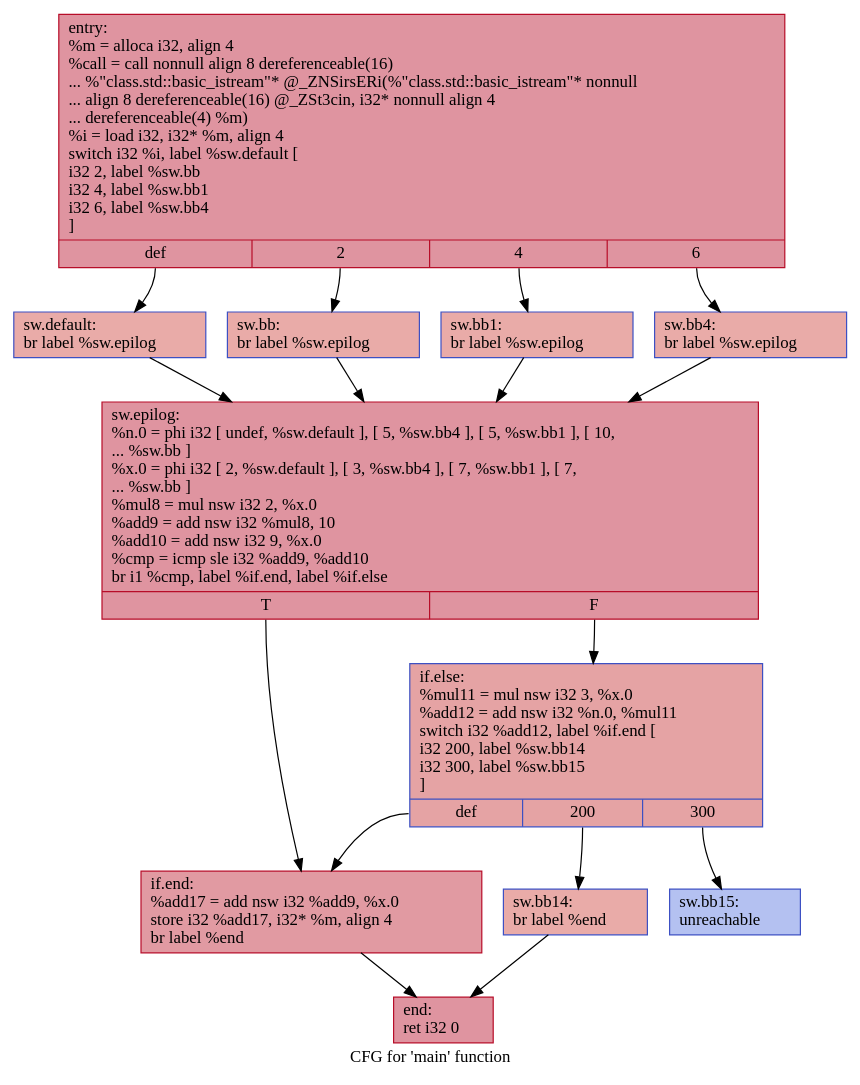
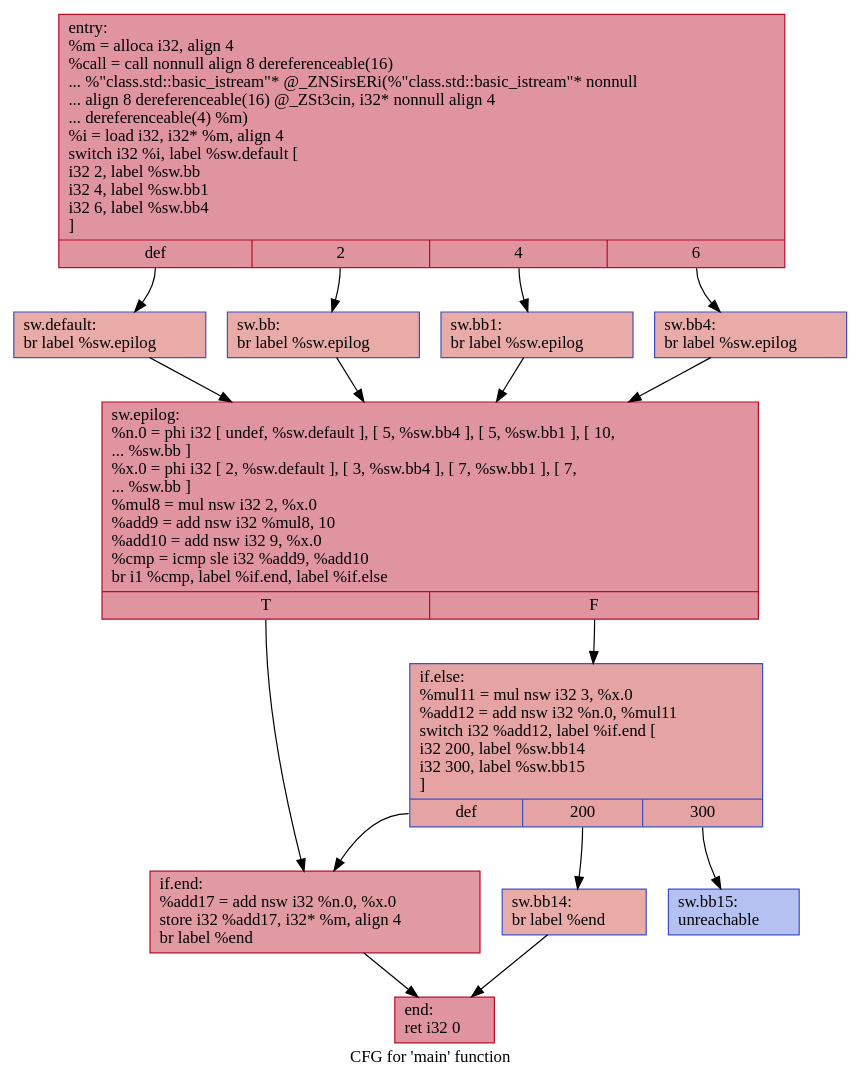
The diagram in IR/cfg/SCCP_BASELINE.dot (HPSSA-LLVM/HPSSA-LLVM), drawn with Graphviz before and after one commit. The commit also changed 28 other files, not shown here.

```diff
--- a/IR/cfg/SCCP_BASELINE.dot
+++ b/IR/cfg/SCCP_BASELINE.dot
@@ -1,30 +1,30 @@
 digraph "CFG for 'main' function" {
 	label="CFG for 'main' function";
 
-	Node0x5626e38d9e60 [shape=record,color="#b70d28ff", style=filled, fillcolor="#b70d2870",label="{entry:\l  %m = alloca i32, align 4\l  %call = call nonnull align 8 dereferenceable(16)\l... %\"class.std::basic_istream\"* @_ZNSirsERi(%\"class.std::basic_istream\"* nonnull\l... align 8 dereferenceable(16) @_ZSt3cin, i32* nonnull align 4\l... dereferenceable(4) %m)\l  %i = load i32, i32* %m, align 4\l  switch i32 %i, label %sw.default [\l    i32 2, label %sw.bb\l    i32 4, label %sw.bb1\l    i32 6, label %sw.bb4\l  ]\l|{<s0>def|<s1>2|<s2>4|<s3>6}}"];
-	Node0x5626e38d9e60:s0 -> Node0x5626e38da2a0;
-	Node0x5626e38d9e60:s1 -> Node0x5626e38da3b0;
-	Node0x5626e38d9e60:s2 -> Node0x5626e38da4b0;
-	Node0x5626e38d9e60:s3 -> Node0x5626e38da5b0;
-	Node0x5626e38da3b0 [shape=record,color="#3d50c3ff", style=filled, fillcolor="#cc403a70",label="{sw.bb:                                            \l  br label %sw.epilog\l}"];
-	Node0x5626e38da3b0 -> Node0x5626e38da6d0;
-	Node0x5626e38da4b0 [shape=record,color="#3d50c3ff", style=filled, fillcolor="#cc403a70",label="{sw.bb1:                                           \l  br label %sw.epilog\l}"];
-	Node0x5626e38da4b0 -> Node0x5626e38da6d0;
-	Node0x5626e38da5b0 [shape=record,color="#3d50c3ff", style=filled, fillcolor="#cc403a70",label="{sw.bb4:                                           \l  br label %sw.epilog\l}"];
-	Node0x5626e38da5b0 -> Node0x5626e38da6d0;
-	Node0x5626e38da2a0 [shape=record,color="#3d50c3ff", style=filled, fillcolor="#cc403a70",label="{sw.default:                                       \l  br label %sw.epilog\l}"];
-	Node0x5626e38da2a0 -> Node0x5626e38da6d0;
-	Node0x5626e38da6d0 [shape=record,color="#b70d28ff", style=filled, fillcolor="#b70d2870",label="{sw.epilog:                                        \l  %n.0 = phi i32 [ undef, %sw.default ], [ 5, %sw.bb4 ], [ 5, %sw.bb1 ], [ 10,\l... %sw.bb ]\l  %x.0 = phi i32 [ 2, %sw.default ], [ 3, %sw.bb4 ], [ 7, %sw.bb1 ], [ 7,\l... %sw.bb ]\l  %mul8 = mul nsw i32 2, %x.0\l  %add9 = add nsw i32 %mul8, 10\l  %add10 = add nsw i32 9, %x.0\l  %cmp = icmp sle i32 %add9, %add10\l  br i1 %cmp, label %if.end, label %if.else\l|{<s0>T|<s1>F}}"];
-	Node0x5626e38da6d0:s0 -> Node0x5626e38db4d0;
-	Node0x5626e38da6d0:s1 -> Node0x5626e38db540;
-	Node0x5626e38db540 [shape=record,color="#3d50c3ff", style=filled, fillcolor="#c32e3170",label="{if.else:                                          \l  %mul11 = mul nsw i32 3, %x.0\l  %add12 = add nsw i32 %n.0, %mul11\l  switch i32 %add12, label %if.end [\l    i32 200, label %sw.bb14\l    i32 300, label %sw.bb15\l  ]\l|{<s0>def|<s1>200|<s2>300}}"];
-	Node0x5626e38db540:s0 -> Node0x5626e38db4d0;
-	Node0x5626e38db540:s1 -> Node0x5626e38db7f0;
-	Node0x5626e38db540:s2 -> Node0x5626e38db890;
-	Node0x5626e38db7f0 [shape=record,color="#3d50c3ff", style=filled, fillcolor="#cc403a70",label="{sw.bb14:                                          \l  br label %end\l}"];
-	Node0x5626e38db7f0 -> Node0x5626e38dba20;
-	Node0x5626e38db890 [shape=record,color="#3d50c3ff", style=filled, fillcolor="#5572df70",label="{sw.bb15:                                          \l  unreachable\l}"];
-	Node0x5626e38db4d0 [shape=record,color="#b70d28ff", style=filled, fillcolor="#bb1b2c70",label="{if.end:                                           \l  %add17 = add nsw i32 %add9, %x.0\l  store i32 %add17, i32* %m, align 4\l  br label %end\l}"];
-	Node0x5626e38db4d0 -> Node0x5626e38dba20;
-	Node0x5626e38dba20 [shape=record,color="#b70d28ff", style=filled, fillcolor="#b70d2870",label="{end:                                              \l  ret i32 0\l}"];
+	Node0x55accec6ce60 [shape=record,color="#b70d28ff", style=filled, fillcolor="#b70d2870",label="{entry:\l  %m = alloca i32, align 4\l  %call = call nonnull align 8 dereferenceable(16)\l... %\"class.std::basic_istream\"* @_ZNSirsERi(%\"class.std::basic_istream\"* nonnull\l... align 8 dereferenceable(16) @_ZSt3cin, i32* nonnull align 4\l... dereferenceable(4) %m)\l  %i = load i32, i32* %m, align 4\l  switch i32 %i, label %sw.default [\l    i32 2, label %sw.bb\l    i32 4, label %sw.bb1\l    i32 6, label %sw.bb4\l  ]\l|{<s0>def|<s1>2|<s2>4|<s3>6}}"];
+	Node0x55accec6ce60:s0 -> Node0x55accec6d2a0;
+	Node0x55accec6ce60:s1 -> Node0x55accec6d3b0;
+	Node0x55accec6ce60:s2 -> Node0x55accec6d4b0;
+	Node0x55accec6ce60:s3 -> Node0x55accec6d5b0;
+	Node0x55accec6d3b0 [shape=record,color="#3d50c3ff", style=filled, fillcolor="#cc403a70",label="{sw.bb:                                            \l  br label %sw.epilog\l}"];
+	Node0x55accec6d3b0 -> Node0x55accec6d6d0;
+	Node0x55accec6d4b0 [shape=record,color="#3d50c3ff", style=filled, fillcolor="#cc403a70",label="{sw.bb1:                                           \l  br label %sw.epilog\l}"];
+	Node0x55accec6d4b0 -> Node0x55accec6d6d0;
+	Node0x55accec6d5b0 [shape=record,color="#3d50c3ff", style=filled, fillcolor="#cc403a70",label="{sw.bb4:                                           \l  br label %sw.epilog\l}"];
+	Node0x55accec6d5b0 -> Node0x55accec6d6d0;
+	Node0x55accec6d2a0 [shape=record,color="#3d50c3ff", style=filled, fillcolor="#cc403a70",label="{sw.default:                                       \l  br label %sw.epilog\l}"];
+	Node0x55accec6d2a0 -> Node0x55accec6d6d0;
+	Node0x55accec6d6d0 [shape=record,color="#b70d28ff", style=filled, fillcolor="#b70d2870",label="{sw.epilog:                                        \l  %n.0 = phi i32 [ undef, %sw.default ], [ 5, %sw.bb4 ], [ 5, %sw.bb1 ], [ 10,\l... %sw.bb ]\l  %x.0 = phi i32 [ 2, %sw.default ], [ 3, %sw.bb4 ], [ 7, %sw.bb1 ], [ 7,\l... %sw.bb ]\l  %mul8 = mul nsw i32 2, %x.0\l  %add9 = add nsw i32 %mul8, 10\l  %add10 = add nsw i32 9, %x.0\l  %cmp = icmp sle i32 %add9, %add10\l  br i1 %cmp, label %if.end, label %if.else\l|{<s0>T|<s1>F}}"];
+	Node0x55accec6d6d0:s0 -> Node0x55accec6e4d0;
+	Node0x55accec6d6d0:s1 -> Node0x55accec6e540;
+	Node0x55accec6e540 [shape=record,color="#3d50c3ff", style=filled, fillcolor="#c32e3170",label="{if.else:                                          \l  %mul11 = mul nsw i32 3, %x.0\l  %add12 = add nsw i32 %n.0, %mul11\l  switch i32 %add12, label %if.end [\l    i32 200, label %sw.bb14\l    i32 300, label %sw.bb15\l  ]\l|{<s0>def|<s1>200|<s2>300}}"];
+	Node0x55accec6e540:s0 -> Node0x55accec6e4d0;
+	Node0x55accec6e540:s1 -> Node0x55accec6e7f0;
+	Node0x55accec6e540:s2 -> Node0x55accec6e890;
+	Node0x55accec6e7f0 [shape=record,color="#3d50c3ff", style=filled, fillcolor="#cc403a70",label="{sw.bb14:                                          \l  br label %end\l}"];
+	Node0x55accec6e7f0 -> Node0x55accec6ea20;
+	Node0x55accec6e890 [shape=record,color="#3d50c3ff", style=filled, fillcolor="#5572df70",label="{sw.bb15:                                          \l  unreachable\l}"];
+	Node0x55accec6e4d0 [shape=record,color="#b70d28ff", style=filled, fillcolor="#bb1b2c70",label="{if.end:                                           \l  %add17 = add nsw i32 %n.0, %x.0\l  store i32 %add17, i32* %m, align 4\l  br label %end\l}"];
+	Node0x55accec6e4d0 -> Node0x55accec6ea20;
+	Node0x55accec6ea20 [shape=record,color="#b70d28ff", style=filled, fillcolor="#b70d2870",label="{end:                                              \l  ret i32 0\l}"];
 }
```
